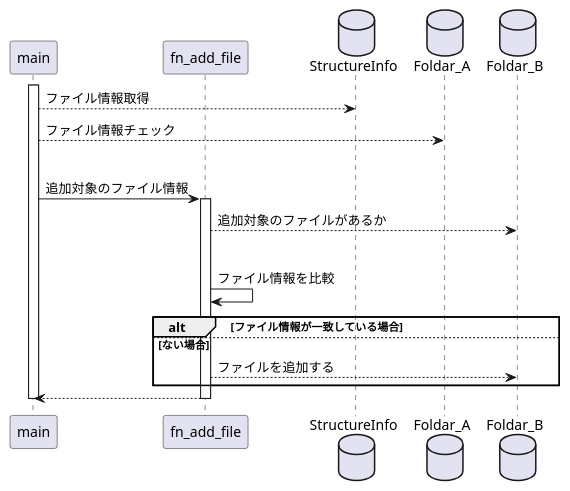
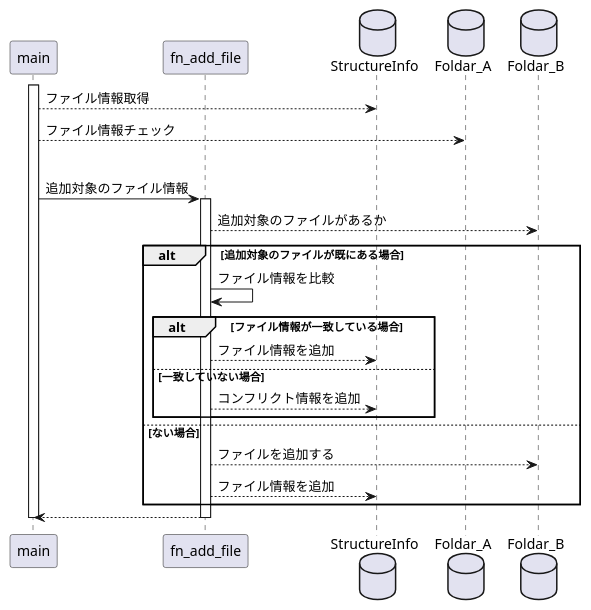
One commit to KiyoshiKazuma/PhotoAutoSyncSystem changed the diagram in doc/ファイル追加.pu. Above: the diagram before and after it, drawn with PlantUML.

```diff
--- a/doc/ファイル追加.pu
+++ b/doc/ファイル追加.pu
@@ -1,25 +1,29 @@
 @startuml
 participant main
 participant fn_add_file
 database StructureInfo
 database Foldar_A as A
 database Foldar_B as B
 
 activate main
 main-->StructureInfo : ファイル情報取得
 main-->A : ファイル情報チェック
 opt ファイル追加あり
 main->fn_add_file:追加対象のファイル情報
 activate fn_add_file
 fn_add_file --> B :追加対象のファイルがあるか
 alt 追加対象のファイルが既にある場合
 fn_add_file -> fn_add_file :ファイル情報を比較
 alt ファイル情報が一致している場合
+fn_add_file --> StructureInfo : ファイル情報を追加
+else 一致していない場合
+fn_add_file --> StructureInfo : コンフリクト情報を追加
+end
 else ない場合
 fn_add_file --> B : ファイルを追加する
-
+fn_add_file --> StructureInfo : ファイル情報を追加
 end
 return 
 deactivate main
 
 @enduml
```
